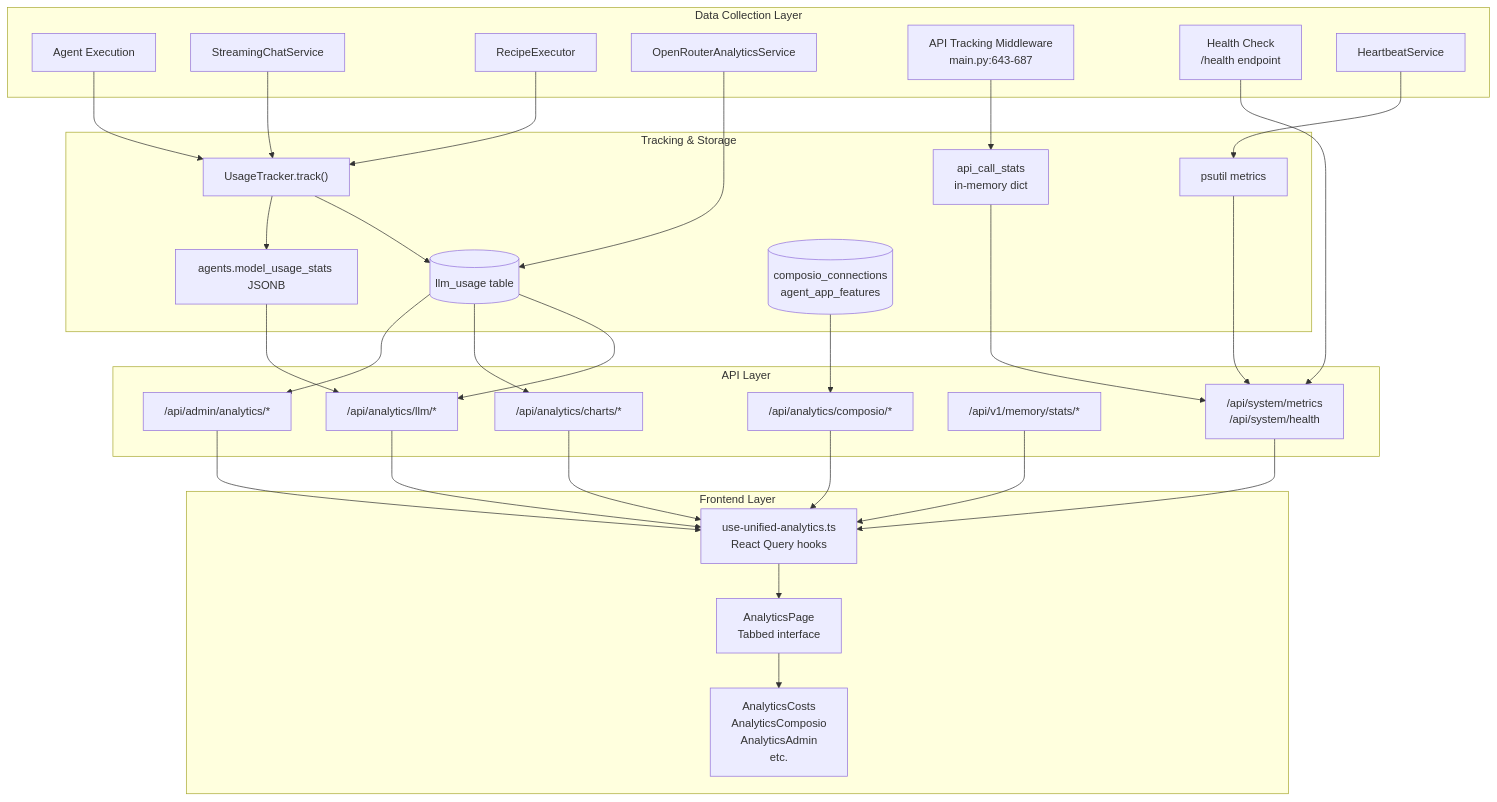
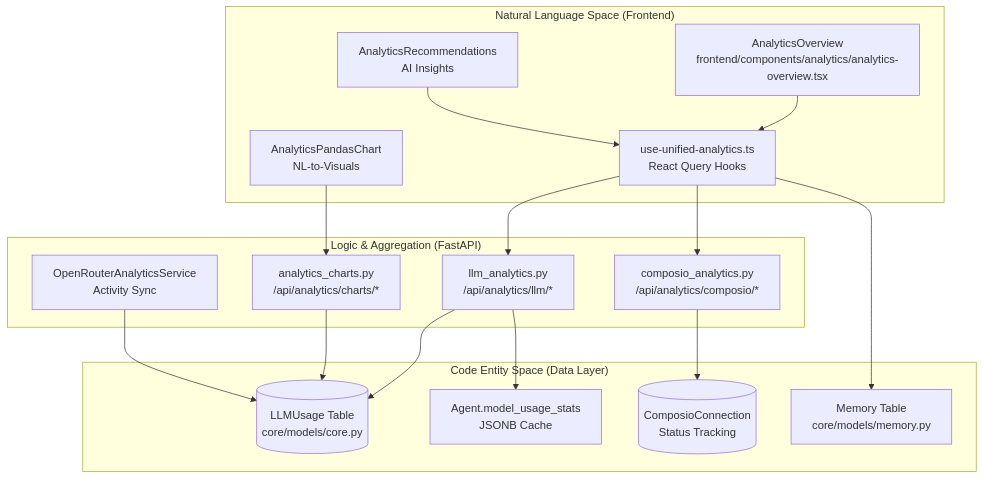
The diagram in docs/analytics-monitoring/_index.md (AutomatosAI/automatos-ai), drawn with Mermaid before and after one commit. The commit also changed other lines of this file and 149 other files, not shown here.

Commit message:
docs: refresh documentation with graphify semantic scan

````diff
--- a/docs/analytics-monitoring/_index.md
+++ b/docs/analytics-monitoring/_index.md
@@ -185,65 +63,35 @@
 ```mermaid
 graph TB
-    subgraph "Data Collection Layer"
-        AgentExec["Agent Execution"]
-        ChatStream["StreamingChatService"]
-        RecipeExec["RecipeExecutor"]
-        OpenRouterSync["OpenRouterAnalyticsService"]
-        APIMiddleware["API Tracking Middleware<br/>main.py:643-687"]
-        HealthCheck["Health Check<br/>/health endpoint"]
-        Heartbeat["HeartbeatService"]
+    subgraph "Natural Language Space (Frontend)"
+        UI["AnalyticsOverview<br/>frontend/components/analytics/analytics-overview.tsx"]
+        Hooks["use-unified-analytics.ts<br/>React Query Hooks"]
+        PandasChart["AnalyticsPandasChart<br/>NL-to-Visuals"]
+        Recs["AnalyticsRecommendations<br/>AI Insights"]
     end
-    
-    subgraph "Tracking & Storage"
-        UsageTracker["UsageTracker.track()"]
-        LLMUsageTable[("llm_usage table")]
-        AgentStatsField["agents.model_usage_stats JSONB"]
-        ComposioTables[("composio_connections<br/>agent_app_features")]
-        APIStatsMemory["api_call_stats<br/>in-memory dict"]
-        SystemMetrics["psutil metrics"]
+
+    subgraph "Logic & Aggregation (FastAPI)"
+        LLMRouter["llm_analytics.py<br/>/api/analytics/llm/*"]
+        CompRouter["composio_analytics.py<br/>/api/analytics/composio/*"]
+        ChartRouter["analytics_charts.py<br/>/api/analytics/charts/*"]
+        ORService["OpenRouterAnalyticsService<br/>Activity Sync"]
     end
-    
-    subgraph "API Layer"
-        LLMRouter["/api/analytics/llm/*"]
-        ComposioRouter["/api/analytics/composio/*"]
-        ChartsRouter["/api/analytics/charts/*"]
-        AdminRouter["/api/admin/analytics/*"]
-        MemoryRouter["/api/v1/memory/stats/*"]
-        SystemRouter["/api/system/metrics<br/>/api/system/health"]
+
+    subgraph "Code Entity Space (Data Layer)"
+        UsageTable[("LLMUsage Table<br/>core/models/core.py")]
+        AgentStats["Agent.model_usage_stats<br/>JSONB Cache"]
+        CompConn[("ComposioConnection<br/>Status Tracking")]
+        MemStats["Memory Table<br/>core/models/memory.py"]
     end
-    
-    subgraph "Frontend Layer"
-        AnalyticsHooks["use-unified-analytics.ts<br/>React Query hooks"]
-        AnalyticsPage["AnalyticsPage<br/>Tabbed interface"]
-        Components["AnalyticsCosts<br/>AnalyticsComposio<br/>AnalyticsAdmin<br/>etc."]
-    end
-    
-    AgentExec --> UsageTracker
-    ChatStream --> UsageTracker
-    RecipeExec --> UsageTracker
-    OpenRouterSync --> LLMUsageTable
-    APIMiddleware --> APIStatsMemory
-    HealthCheck --> SystemRouter
-    Heartbeat --> SystemMetrics
-    
-    UsageTracker --> LLMUsageTable
-    UsageTracker --> AgentStatsField
-    
-    LLMUsageTable --> LLMRouter
-    AgentStatsField --> LLMRouter
-    ComposioTables --> ComposioRouter
-    LLMUsageTable --> ChartsRouter
-    LLMUsageTable --> AdminRouter
-    APIStatsMemory --> SystemRouter
-    SystemMetrics --> SystemRouter
-    
-    LLMRouter --> AnalyticsHooks
-    ComposioRouter --> AnalyticsHooks
-    ChartsRouter --> AnalyticsHooks
-    AdminRouter --> AnalyticsHooks
-    MemoryRouter --> AnalyticsHooks
-    SystemRouter --> AnalyticsHooks
-    
-    AnalyticsHooks --> AnalyticsPage
-    AnalyticsPage --> Components
+
+    UI --> Hooks
+    Hooks --> LLMRouter
+    Hooks --> CompRouter
+    LLMRouter --> UsageTable
+    LLMRouter --> AgentStats
+    CompRouter --> CompConn
+    ChartRouter --> UsageTable
+    ORService --> UsageTable
+    PandasChart --> ChartRouter
+    Recs --> Hooks
+    Hooks --> MemStats
 ```
````
